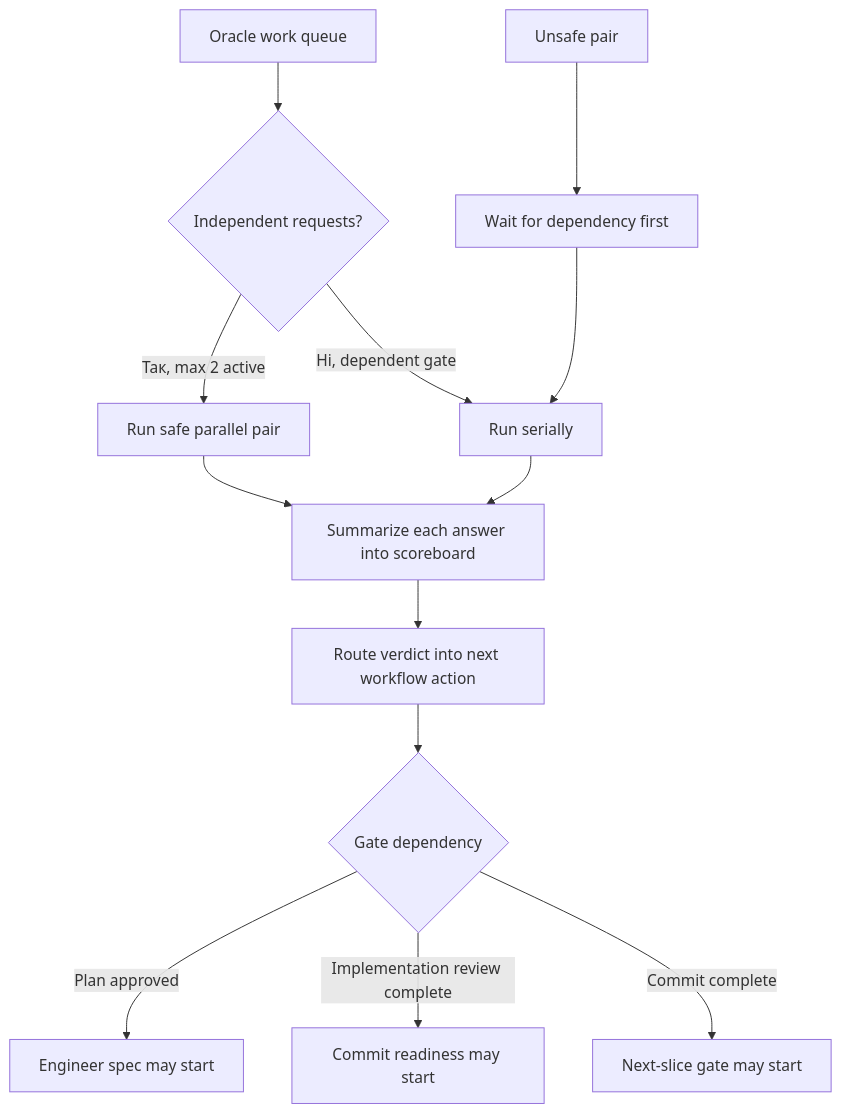
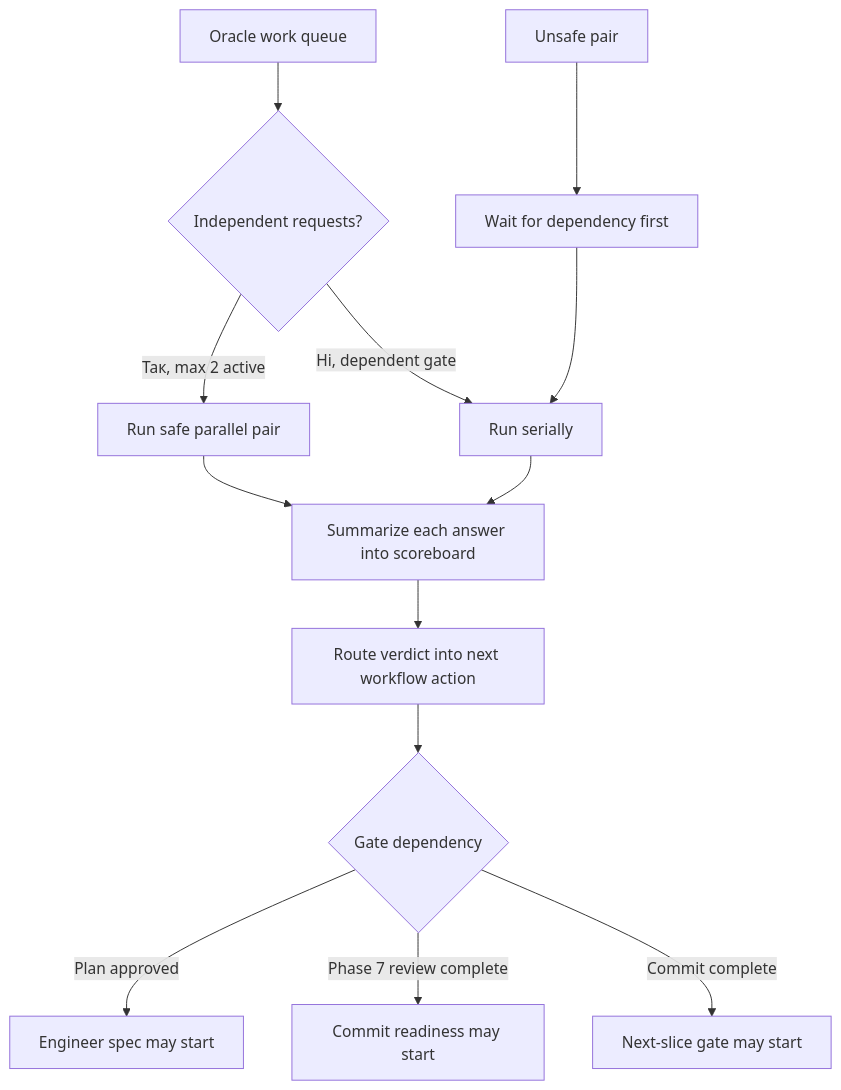
The second of 8 diagrams in docs/workflows/repoprompt-ce/autonomous-slice-loop-specialist-reviews.uk.md (Helg1us/cookbook), drawn with Mermaid before and after one commit. The commit also changed other lines of this file and 1 other file, not shown here.

Commit message:
fix: clarify ASL deliverable review routing

````diff
--- a/docs/workflows/repoprompt-ce/autonomous-slice-loop-specialist-reviews.uk.md
+++ b/docs/workflows/repoprompt-ce/autonomous-slice-loop-specialist-reviews.uk.md
@@ -141,18 +148,18 @@
 ```mermaid
 flowchart TD
   A["Oracle work queue"] --> B{"Independent requests?"}
   B -->|Так, max 2 active| C["Run safe parallel pair"]
   B -->|Ні, dependent gate| D["Run serially"]
 
   C --> E["Summarize each answer into scoreboard"]
   D --> E
   E --> F["Route verdict into next workflow action"]
 
   F --> G{"Gate dependency"}
   G -->|Plan approved| H["Engineer spec may start"]
-  G -->|Implementation review complete| I["Commit readiness may start"]
+  G -->|Phase 7 review complete| I["Commit readiness may start"]
   G -->|Commit complete| J["Next-slice gate may start"]
 
   K["Unsafe pair"] --> L["Wait for dependency first"]
   L --> D
 ```
````
